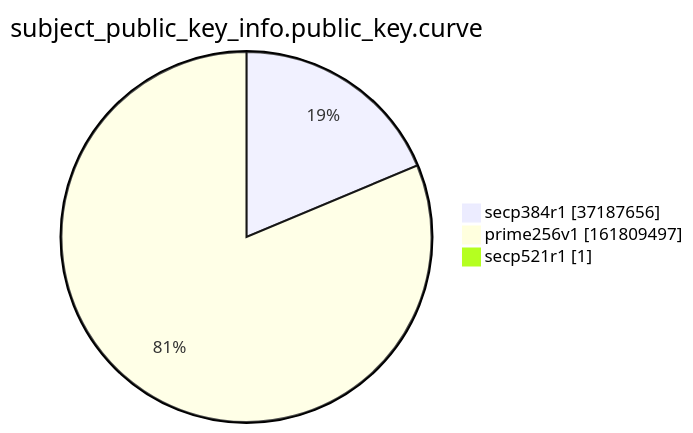
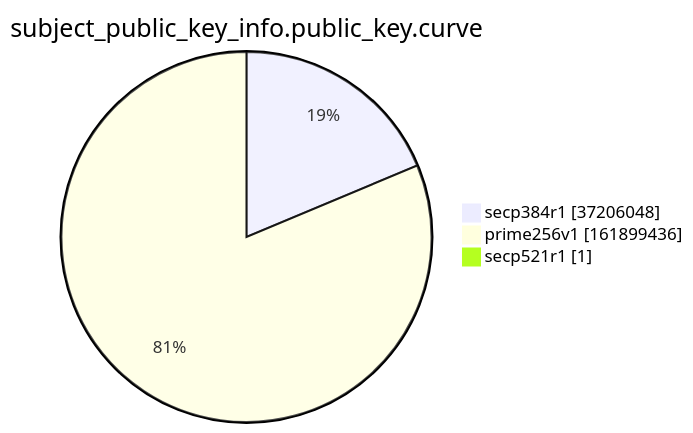
The ninth of 15 diagrams in argon2022/README.md (christiankrug/ctmonitor_visualization), drawn with Mermaid before and after one commit. The commit also changed other lines of this file, not shown here.

````diff
--- a/argon2022/README.md
+++ b/argon2022/README.md
@@ -2766,7 +2766,7 @@
 ```mermaid
 pie showData
 title subject_public_key_info.public_key.curve
-"secp384r1" :37187656
-"prime256v1" :161809497
+"secp384r1" :37206048
+"prime256v1" :161899436
 "secp521r1" :1
 ```
````
